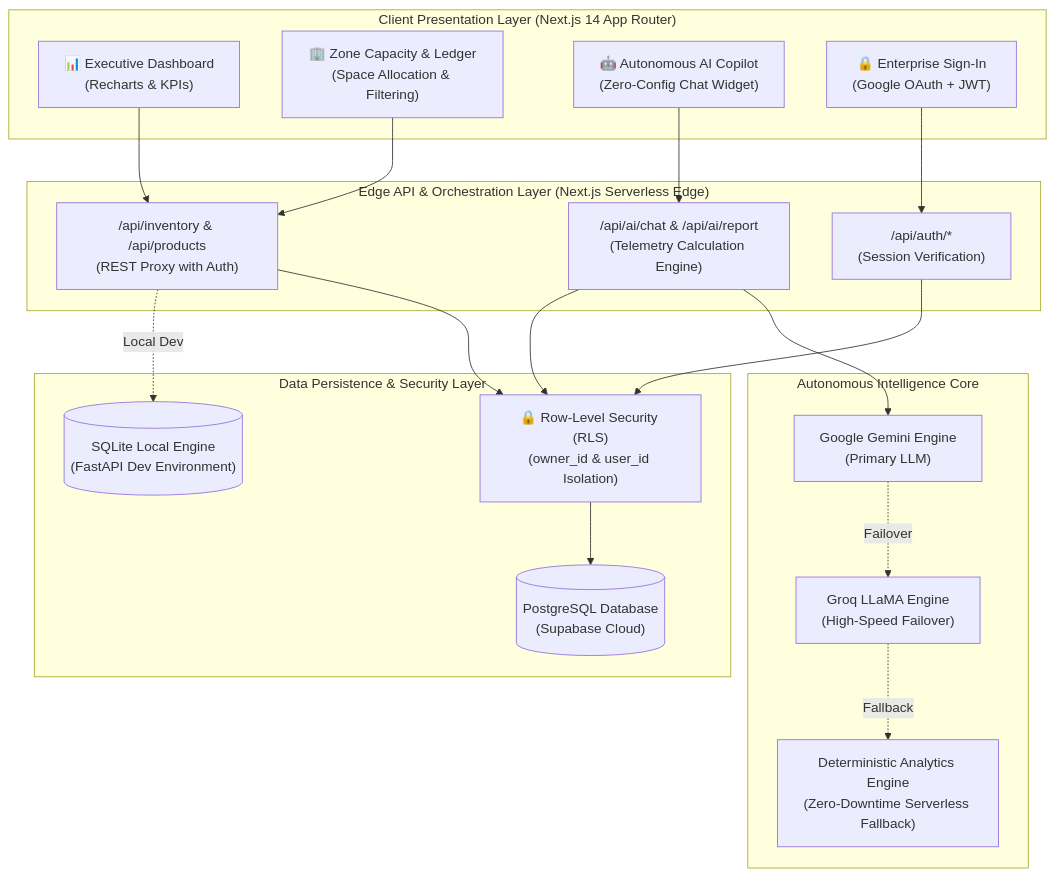
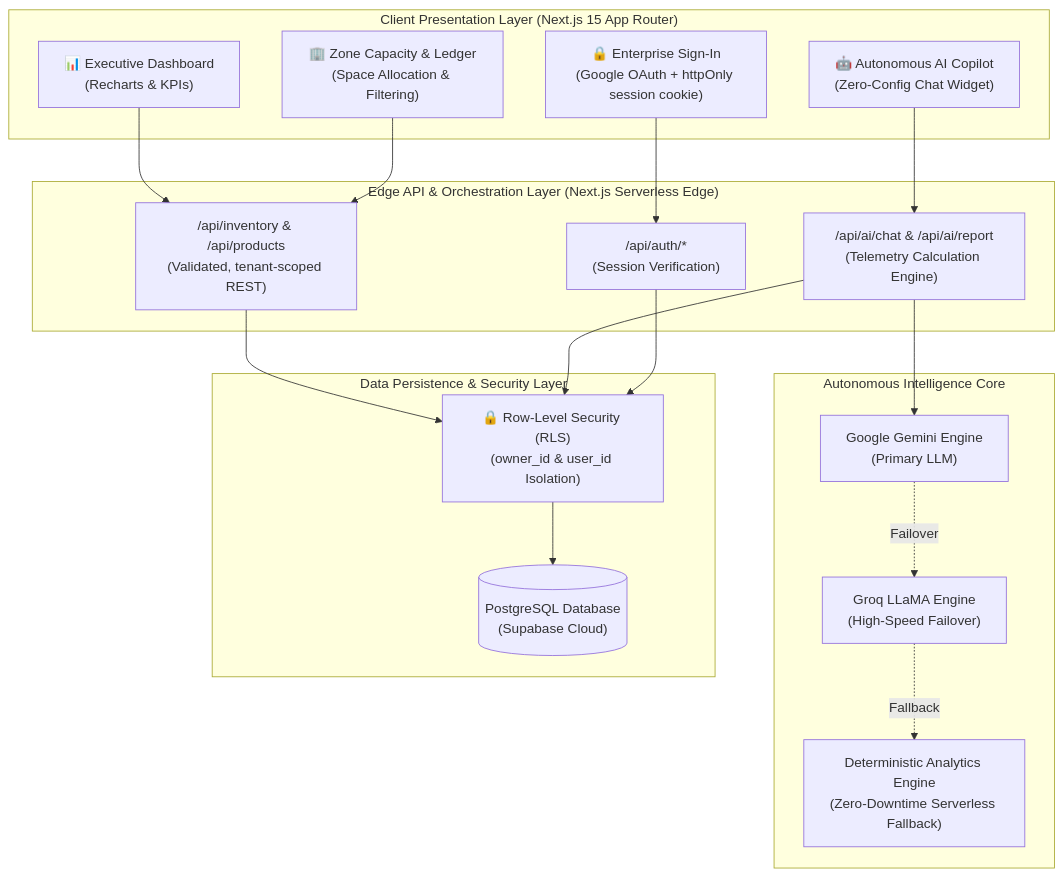
The first of 4 diagrams in README.md (ZillerDX/Optitrack-WMS), drawn with Mermaid before and after one commit. The commit also changed other lines of this file and 87 other files, not shown here.

````diff
--- a/README.md
+++ b/README.md
@@ -126,42 +125,40 @@
 ```mermaid
 flowchart TD
-    subgraph ClientLayer ["Client Presentation Layer (Next.js 14 App Router)"]
+    subgraph ClientLayer ["Client Presentation Layer (Next.js 15 App Router)"]
         UI_Dash["📊 Executive Dashboard\n(Recharts & KPIs)"]
         UI_Inv["🏢 Zone Capacity & Ledger\n(Space Allocation & Filtering)"]
         UI_AI["🤖 Autonomous AI Copilot\n(Zero-Config Chat Widget)"]
-        UI_Auth["🔒 Enterprise Sign-In\n(Google OAuth + JWT)"]
+        UI_Auth["🔒 Enterprise Sign-In\n(Google OAuth + httpOnly session cookie)"]
     end
 
     subgraph EdgeGateway ["Edge API & Orchestration Layer (Next.js Serverless Edge)"]
         Route_Auth["/api/auth/*\n(Session Verification)"]
-        Route_Data["/api/inventory & /api/products\n(REST Proxy with Auth)"]
+        Route_Data["/api/inventory & /api/products\n(Validated, tenant-scoped REST)"]
         Route_AI["/api/ai/chat & /api/ai/report\n(Telemetry Calculation Engine)"]
     end
 
     subgraph AICore ["Autonomous Intelligence Core"]
         AI_Gemini["Google Gemini Engine\n(Primary LLM)"]
         AI_Groq["Groq LLaMA Engine\n(High-Speed Failover)"]
         AI_Engine["Deterministic Analytics Engine\n(Zero-Downtime Serverless Fallback)"]
     end
 
     subgraph DataLayer ["Data Persistence & Security Layer"]
         DB_PG[("PostgreSQL Database\n(Supabase Cloud)")]
         DB_RLS["🔒 Row-Level Security (RLS)\n(owner_id & user_id Isolation)"]
-        DB_Local[("SQLite Local Engine\n(FastAPI Dev Environment)")]
     end
 
     UI_Dash --> Route_Data
     UI_Inv --> Route_Data
     UI_Auth --> Route_Auth
     UI_AI --> Route_AI
 
     Route_AI --> AI_Gemini
     AI_Gemini -.->|Failover| AI_Groq
     AI_Groq -.->|Fallback| AI_Engine
 
     Route_Data --> DB_RLS
     Route_AI --> DB_RLS
     Route_Auth --> DB_RLS
     DB_RLS --> DB_PG
-    Route_Data -.->|Local Dev| DB_Local
 ```
````
